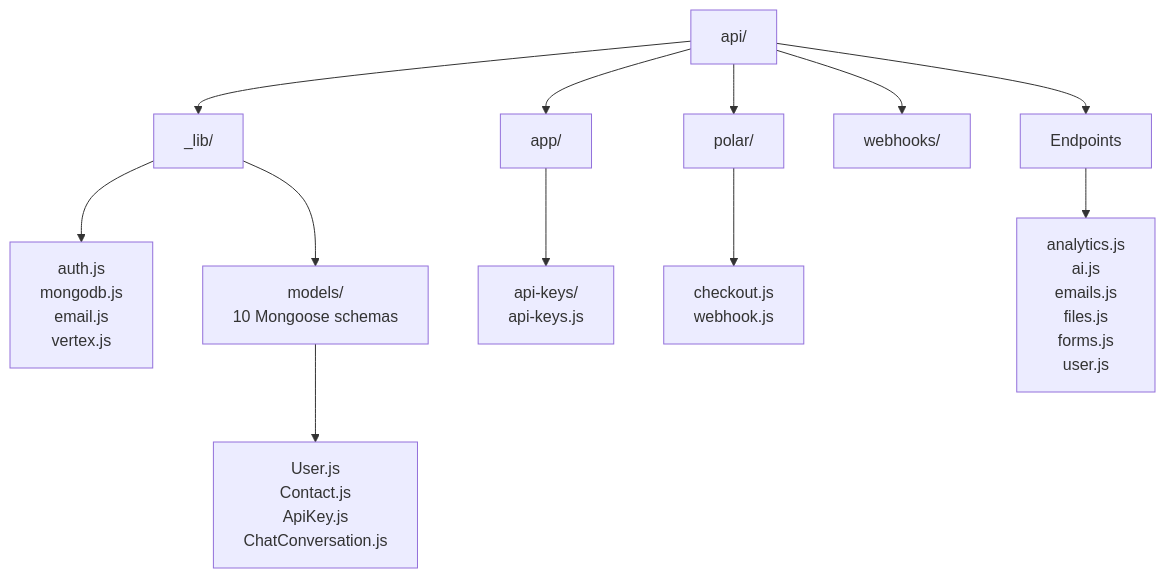
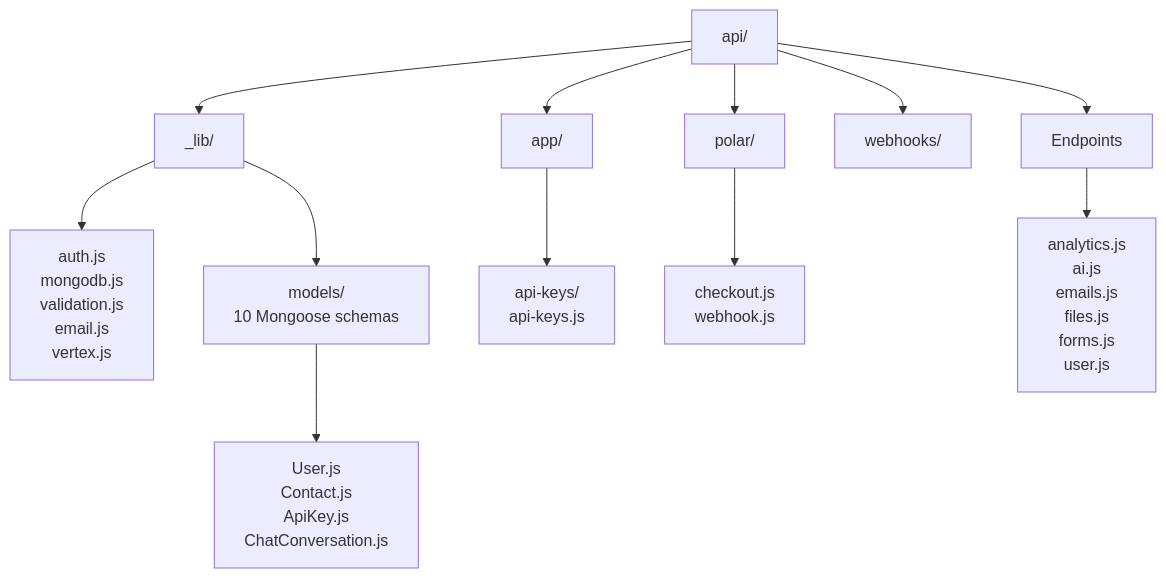
Before and after one commit to lawmight/TCDynamics: the fourth of 15 diagrams in docs/architecture/repository-structure.md, drawn with Mermaid. The commit also changed 71 other files, not shown here.

````diff
--- a/docs/architecture/repository-structure.md
+++ b/docs/architecture/repository-structure.md
@@ -82,19 +82,19 @@
 ```mermaid
 flowchart TB
     API[api/] --> Lib[_lib/]
     API --> AppRoutes[app/]
     API --> Polar[polar/]
     API --> Webhooks[webhooks/]
     API --> Endpoints[Endpoints]
 
-    Lib --> LibFiles[auth.js<br/>mongodb.js<br/>email.js<br/>vertex.js]
+    Lib --> LibFiles[auth.js<br/>mongodb.js<br/>validation.js<br/>email.js<br/>vertex.js]
     Lib --> Models[models/<br/>10 Mongoose schemas]
 
     Models --> ModelFiles[User.js<br/>Contact.js<br/>ApiKey.js<br/>ChatConversation.js]
 
     AppRoutes --> APIKeys[api-keys/<br/>api-keys.js]
 
     Polar --> PolarFiles[checkout.js<br/>webhook.js]
 
     Endpoints --> EndpointFiles[analytics.js<br/>ai.js<br/>emails.js<br/>files.js<br/>forms.js<br/>user.js]
 ```
````
